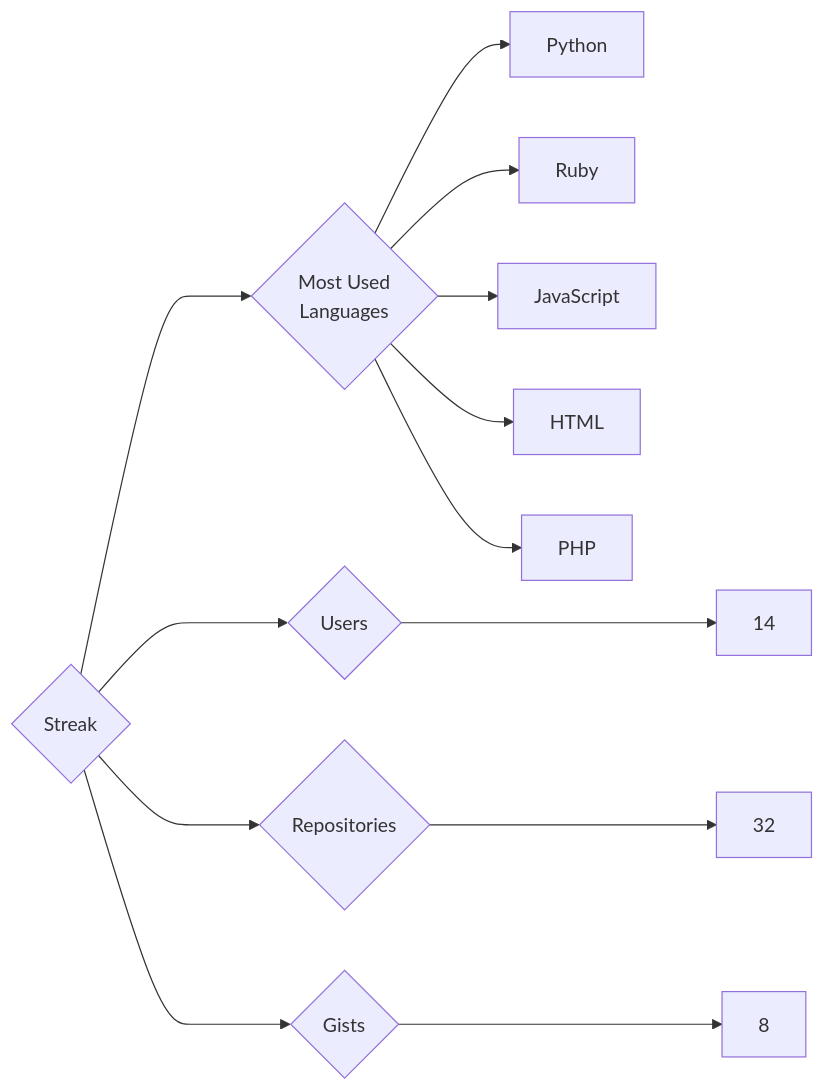
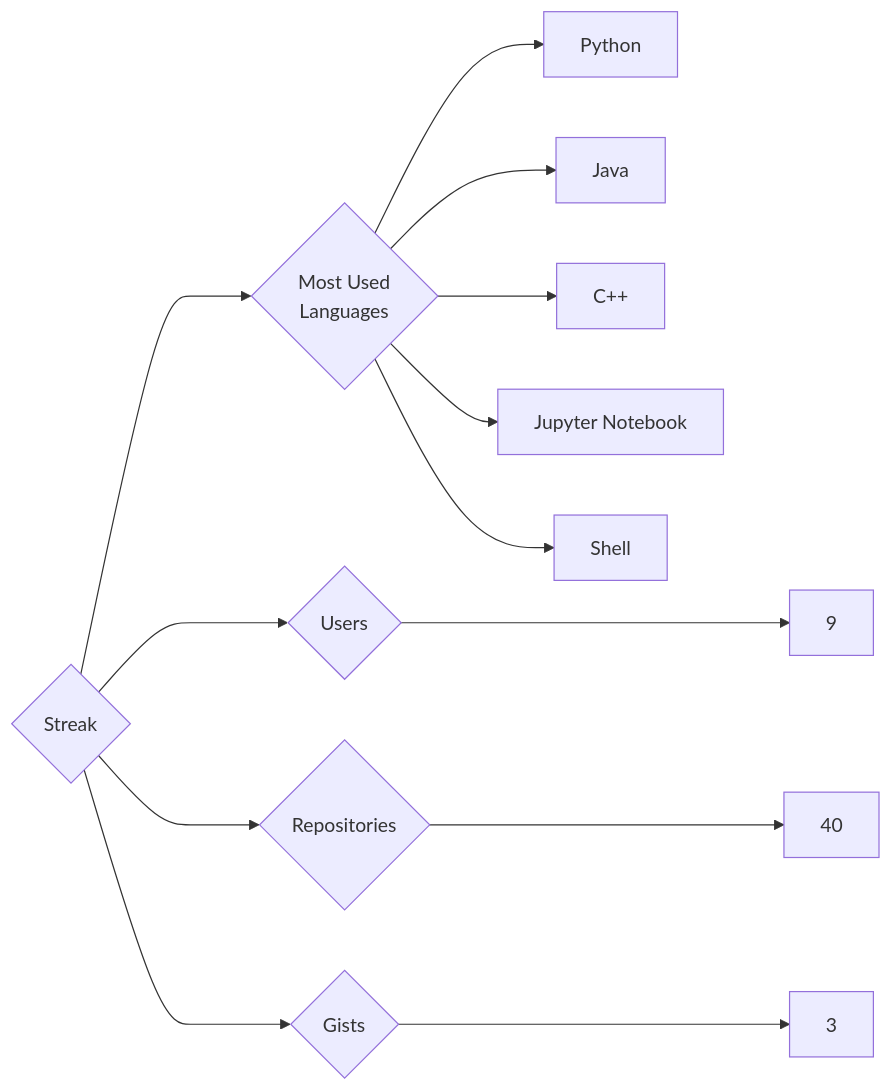
One commit to trickest/insiders changed the diagram in targets/Streak/README.md. Above: the diagram before and after it, drawn with Mermaid. The commit also changed 582 other files, not shown here.

````diff
--- a/targets/Streak/README.md
+++ b/targets/Streak/README.md
@@ -3,13 +3,13 @@
 ```mermaid
 graph LR
 COMPANY_NAME{Streak}
-COMPANY_NAME ---> U{Users} ---> UN[14]
-COMPANY_NAME ---> R{Repositories} ---> RN[32]
-COMPANY_NAME ---> G{Gists} ---> GN[8]
+COMPANY_NAME ---> U{Users} ---> UN[9]
+COMPANY_NAME ---> R{Repositories} ---> RN[40]
+COMPANY_NAME ---> G{Gists} ---> GN[3]
 COMPANY_NAME ---> ML{Most Used<br>Languages}
 ML --> Python[Python]
-ML --> Ruby[Ruby]
-ML --> JavaScript[JavaScript]
-ML --> HTML[HTML]
-ML --> PHP[PHP]
+ML --> Java[Java]
+ML --> C++[C++]
+ML --> Jupyter_Notebook[Jupyter Notebook]
+ML --> Shell[Shell]
 ```
````
